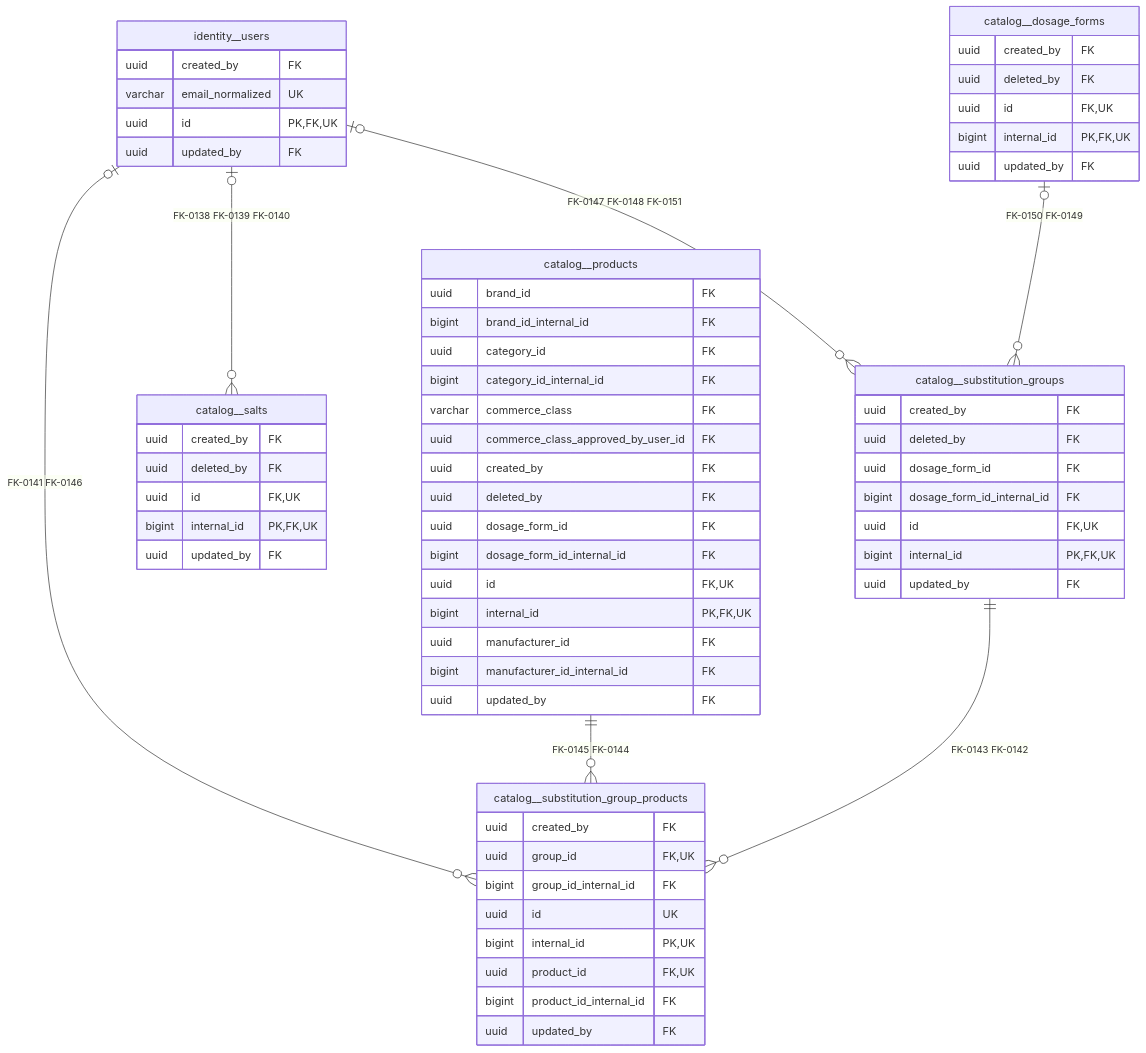
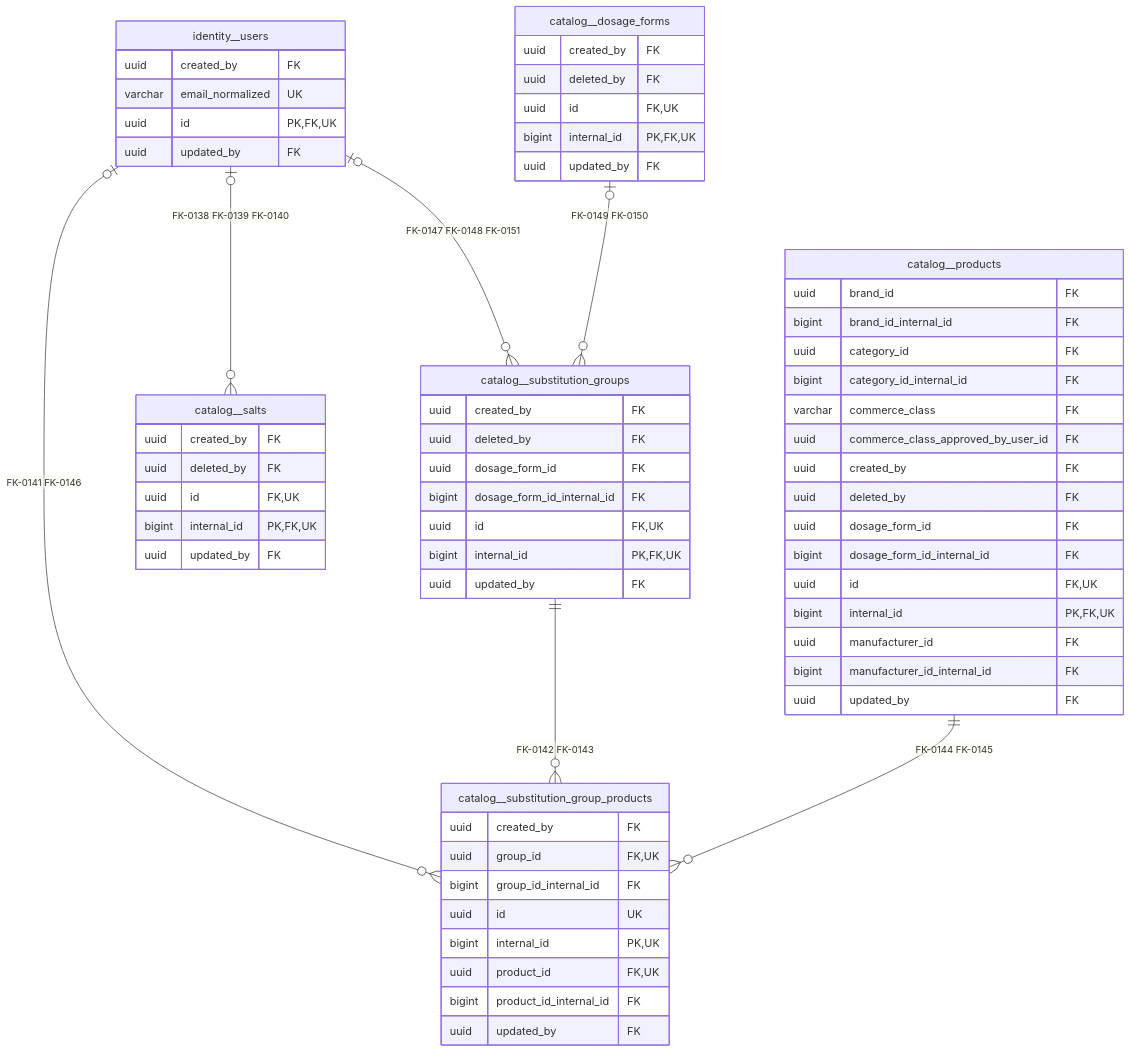
The third of 3 diagrams in 04-Database/ER-Diagrams/02-catalog.md (shiladityamajumder/pharmville-docs), drawn with Mermaid before and after one commit. The commit also changed other lines of this file and 661 other files, not shown here.

Commit message:
docs: consolidate validated PostgreSQL schema and reorganize Pharmville into a module-driven technical blueprint

````diff
--- a/04-Database/ER-Diagrams/02-catalog.md
+++ b/04-Database/ER-Diagrams/02-catalog.md
@@ -365,65 +365,65 @@
 ```mermaid
 erDiagram
     catalog__dosage_forms {
         uuid created_by FK
         uuid deleted_by FK
         uuid id FK, UK
         bigint internal_id PK, FK, UK
         uuid updated_by FK
     }
     catalog__products {
         uuid brand_id FK
         bigint brand_id_internal_id FK
         uuid category_id FK
         bigint category_id_internal_id FK
         varchar commerce_class FK
         uuid commerce_class_approved_by_user_id FK
         uuid created_by FK
         uuid deleted_by FK
         uuid dosage_form_id FK
         bigint dosage_form_id_internal_id FK
         uuid id FK, UK
         bigint internal_id PK, FK, UK
         uuid manufacturer_id FK
         bigint manufacturer_id_internal_id FK
         uuid updated_by FK
     }
     catalog__salts {
         uuid created_by FK
         uuid deleted_by FK
         uuid id FK, UK
         bigint internal_id PK, FK, UK
         uuid updated_by FK
     }
     catalog__substitution_group_products {
         uuid created_by FK
         uuid group_id FK, UK
         bigint group_id_internal_id FK
         uuid id UK
         bigint internal_id PK, UK
         uuid product_id FK, UK
         bigint product_id_internal_id FK
         uuid updated_by FK
     }
     catalog__substitution_groups {
         uuid created_by FK
         uuid deleted_by FK
         uuid dosage_form_id FK
         bigint dosage_form_id_internal_id FK
         uuid id FK, UK
         bigint internal_id PK, FK, UK
         uuid updated_by FK
     }
     identity__users {
         uuid created_by FK
         varchar email_normalized UK
         uuid id PK, FK, UK
         uuid updated_by FK
     }
     identity__users o|--o{ catalog__substitution_group_products : "FK-0141 FK-0146"
-    catalog__products ||--o{ catalog__substitution_group_products : "FK-0145 FK-0144"
-    catalog__substitution_groups ||--o{ catalog__substitution_group_products : "FK-0143 FK-0142"
+    catalog__substitution_groups ||--o{ catalog__substitution_group_products : "FK-0142 FK-0143"
+    catalog__products ||--o{ catalog__substitution_group_products : "FK-0144 FK-0145"
     identity__users o|--o{ catalog__substitution_groups : "FK-0147 FK-0148 FK-0151"
-    catalog__dosage_forms o|--o{ catalog__substitution_groups : "FK-0150 FK-0149"
+    catalog__dosage_forms o|--o{ catalog__substitution_groups : "FK-0149 FK-0150"
     identity__users o|--o{ catalog__salts : "FK-0138 FK-0139 FK-0140"
 ```
````
